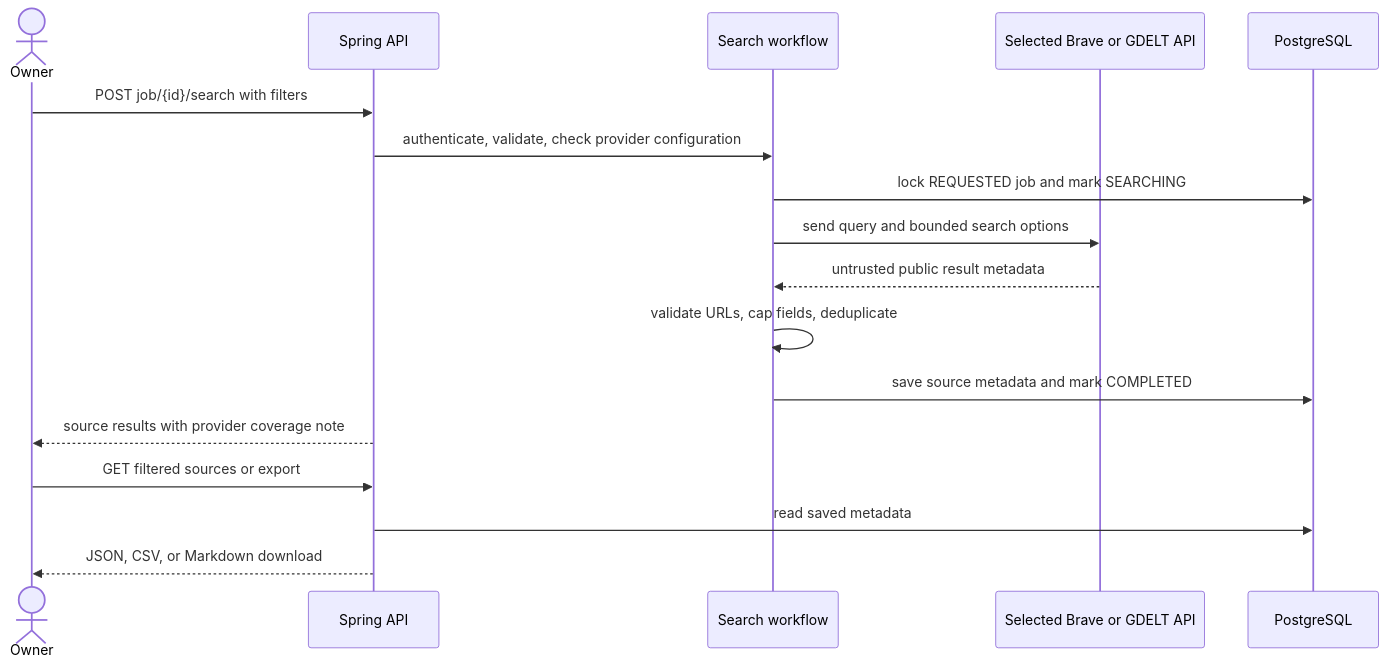
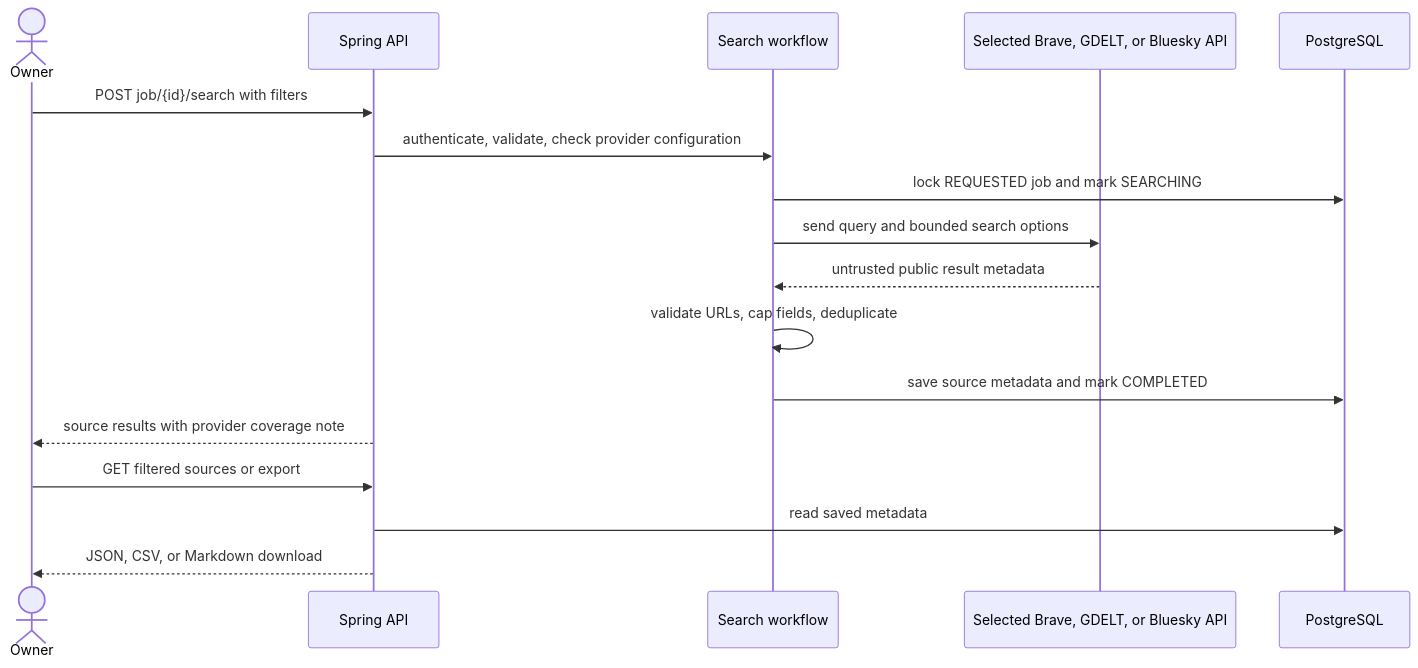
The fourth of 6 diagrams in docs/02-architecture/SYSTEM-ARCHITECTURE.md (kavinash0310/aura-ai), drawn with Mermaid before and after one commit. The commit also changed other lines of this file and 27 other files, not shown here.

```diff
--- a/docs/02-architecture/SYSTEM-ARCHITECTURE.md
+++ b/docs/02-architecture/SYSTEM-ARCHITECTURE.md
@@ -92,19 +92,19 @@
 ~~~mermaid
 sequenceDiagram
   actor Owner
   participant API as Spring API
   participant Service as Search workflow
-  participant Provider as Selected Brave or GDELT API
+  participant Provider as Selected Brave, GDELT, or Bluesky API
   participant DB as PostgreSQL
   Owner->>API: POST job/{id}/search with filters
   API->>Service: authenticate, validate, check provider configuration
   Service->>DB: lock REQUESTED job and mark SEARCHING
   Service->>Provider: send query and bounded search options
   Provider-->>Service: untrusted public result metadata
   Service->>Service: validate URLs, cap fields, deduplicate
   Service->>DB: save source metadata and mark COMPLETED
   API-->>Owner: source results with provider coverage note
   Owner->>API: GET filtered sources or export
   API->>DB: read saved metadata
   API-->>Owner: JSON, CSV, or Markdown download
 ~~~
```
